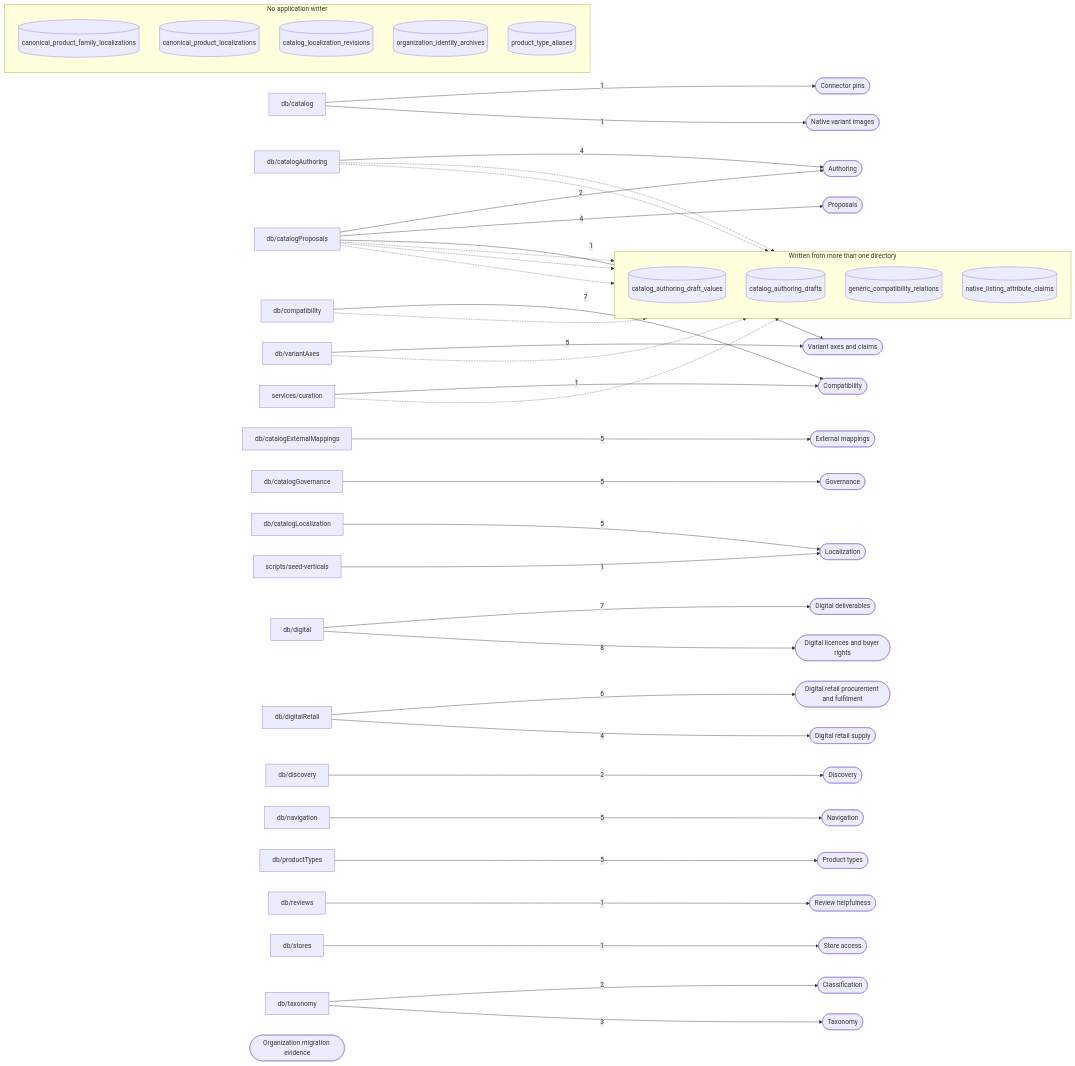
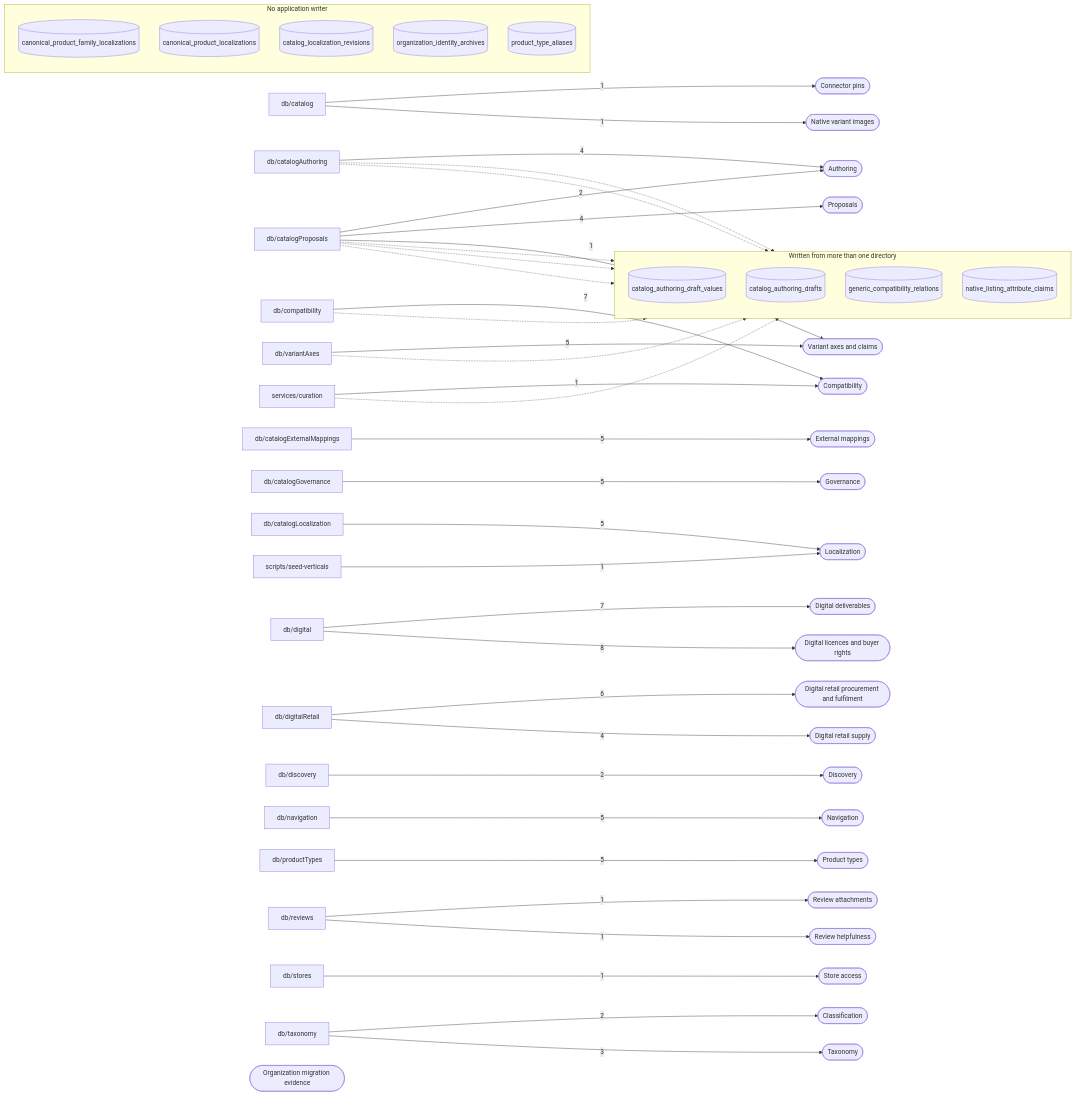
One commit to OxyHQ/Mercaria changed the second of 24 diagrams in docs/catalog-architecture-diagrams.md. Above: the diagram before and after it, drawn with Mermaid. The commit also changed other lines of this file and 477 other files, not shown here.

```diff
--- a/docs/catalog-architecture-diagrams.md
+++ b/docs/catalog-architecture-diagrams.md
@@ -246,6 +248,7 @@
     M_Compatibility(["Compatibility"])
     M_External_mappings(["External mappings"])
     M_Review_helpfulness(["Review helpfulness"])
+    M_Review_attachments(["Review attachments"])
     M_Connector_pins(["Connector pins"])
     M_Native_variant_images(["Native variant images"])
     M_Discovery(["Discovery"])
@@ -271,6 +274,7 @@
     W_db_discovery -->|"2"| M_Discovery
     W_db_navigation -->|"5"| M_Navigation
     W_db_productTypes -->|"5"| M_Product_types
+    W_db_reviews -->|"1"| M_Review_attachments
     W_db_reviews -->|"1"| M_Review_helpfulness
     W_db_stores -->|"1"| M_Store_access
     W_db_taxonomy -->|"2"| M_Classification
```
